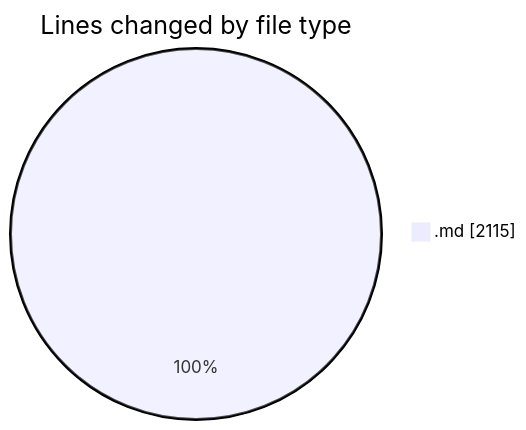
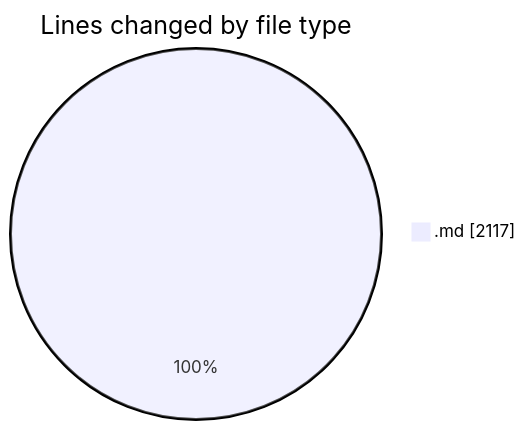
Before and after one commit to Ritupan-Deka/code-tracking: the first of 2 diagrams in 2025-07-07/urlwebwala_intership_work/README.md, drawn with Mermaid. The commit also changed other lines of this file and 1 other file, not shown here.

````diff
--- a/2025-07-07/urlwebwala_intership_work/README.md
+++ b/2025-07-07/urlwebwala_intership_work/README.md
@@ -22,5 +22,5 @@
 ```mermaid
 pie showData
 title Lines changed by file type
-".md" : 2115
+".md" : 2117
 ```
````
